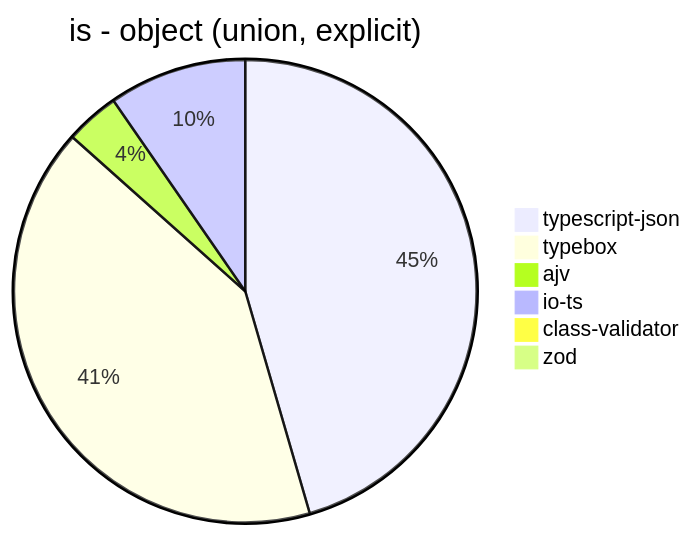
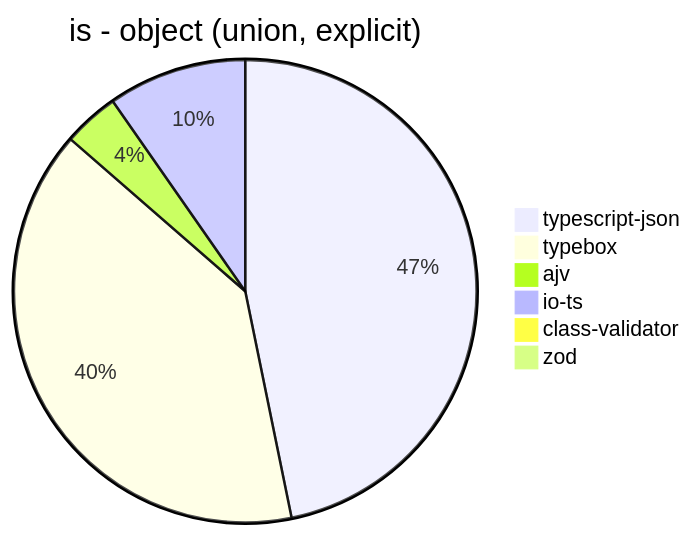
The third of 39 diagrams in benchmark/results/AMD Ryzen 9 5900HX with Radeon Graphics.md (samchon/typia), drawn with Mermaid before and after one commit. The commit also changed other lines of this file and 3 other files, not shown here.

````diff
--- a/benchmark/results/AMD Ryzen 9 5900HX with Radeon Graphics.md
+++ b/benchmark/results/AMD Ryzen 9 5900HX with Radeon Graphics.md
@@ -43,9 +43,9 @@
 ```mermaid
 pie title is - object (union, explicit)
-  "typescript-json": 15282.280701754386
-  "typebox": 13801.652892561982
-  "ajv": 1269.3935119887165
-  "io-ts": 3233.351283432059
-  "class-validator": 18.439187930713356
-  "zod": 36.53989560029829
+  "typescript-json": 16115.772119435795
+  "typebox": 13644.412191582003
+  "ajv": 1346.516355571983
+  "io-ts": 3337.4370453273646
+  "class-validator": 17.705643673921063
+  "zod": 35.31124863487441
 ```
````
